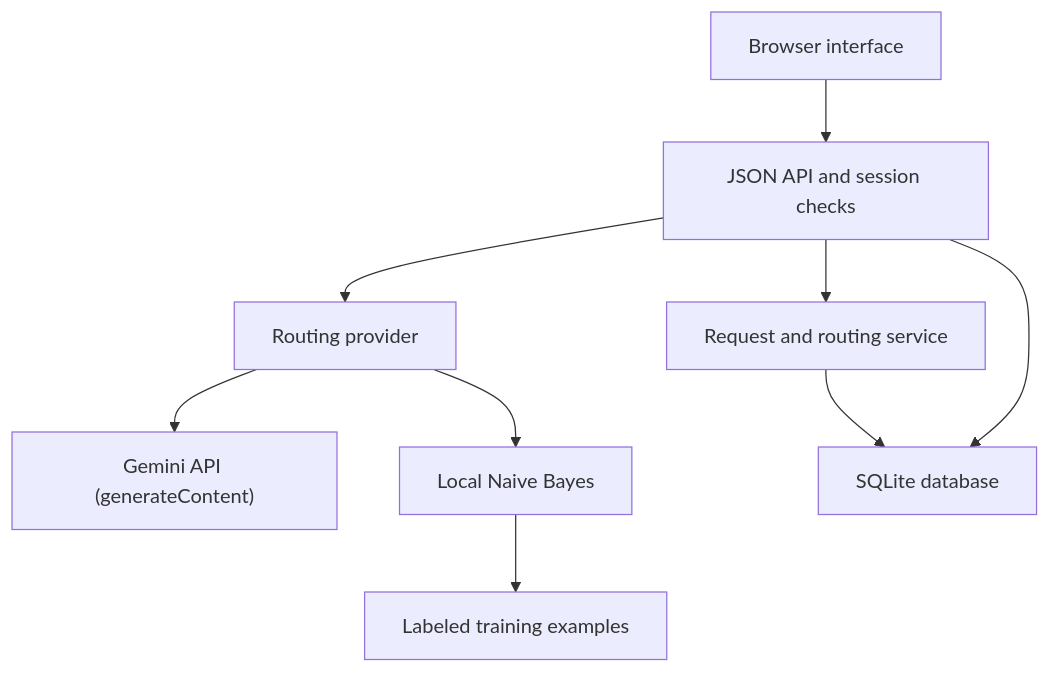
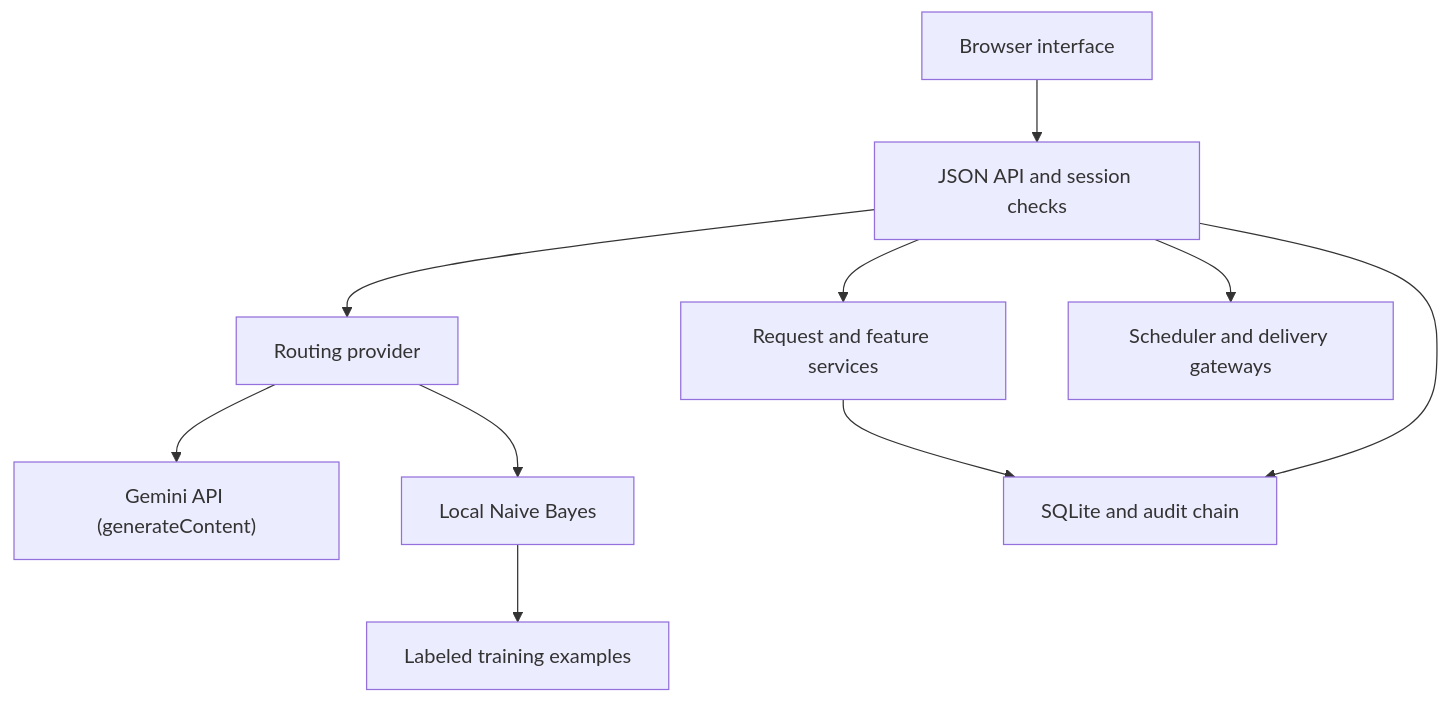
The first of 4 diagrams in docs/architecture.md (eclipse775/ASRS-AI-Student-Routing-System), drawn with Mermaid before and after one commit. The commit also changed other lines of this file and 39 other files, not shown here.

````diff
--- a/docs/architecture.md
+++ b/docs/architecture.md
@@ -7,11 +7,12 @@
 ```mermaid
 flowchart TD
   UI["Browser interface"] --> API["JSON API and session checks"]
-  API --> SVC["Request and routing service"]
+  API --> SVC["Request and feature services"]
   API --> AI["Routing provider"]
   AI --> CLOUD["Gemini API (generateContent)"]
   AI --> ML["Local Naive Bayes"]
-  SVC --> DB["SQLite database"]
+  SVC --> DB["SQLite and audit chain"]
   API --> DB
   ML --> DATA["Labeled training examples"]
+  API --> OPS["Scheduler and delivery gateways"]
 ```
````
